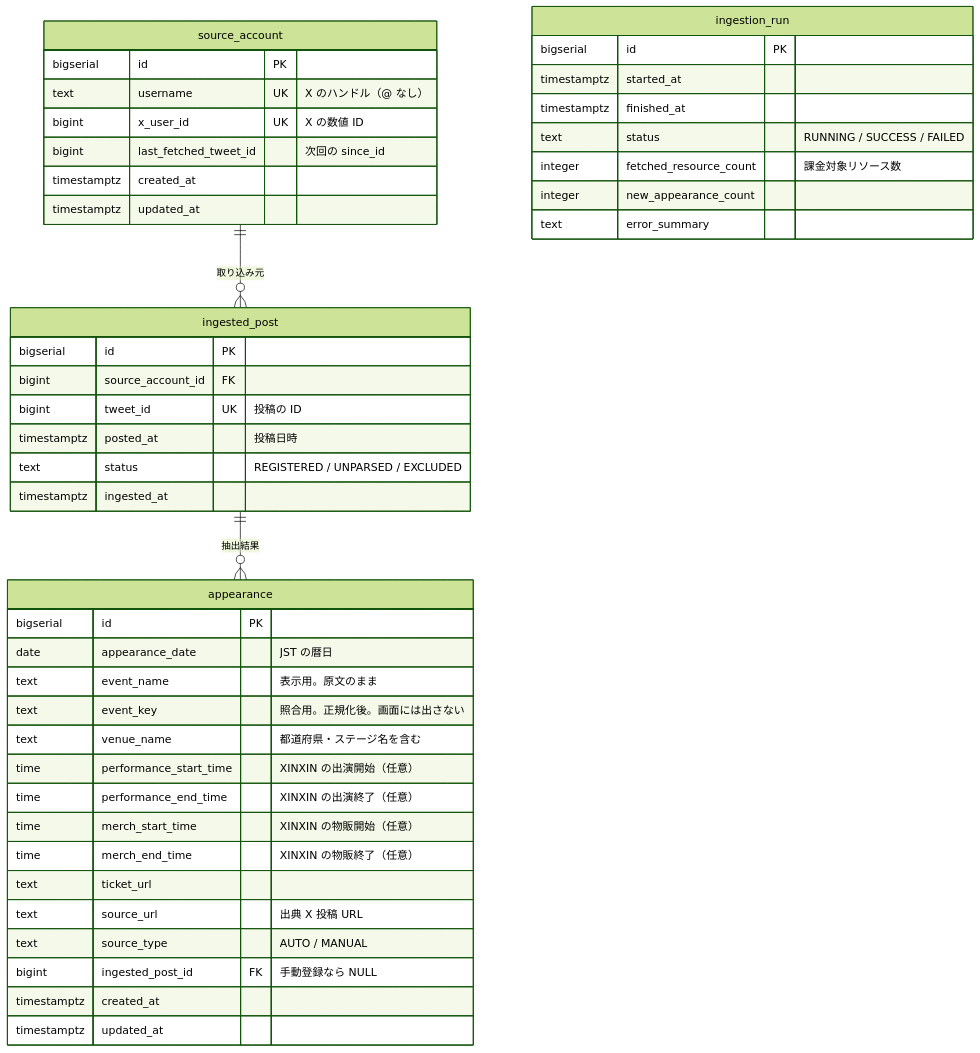
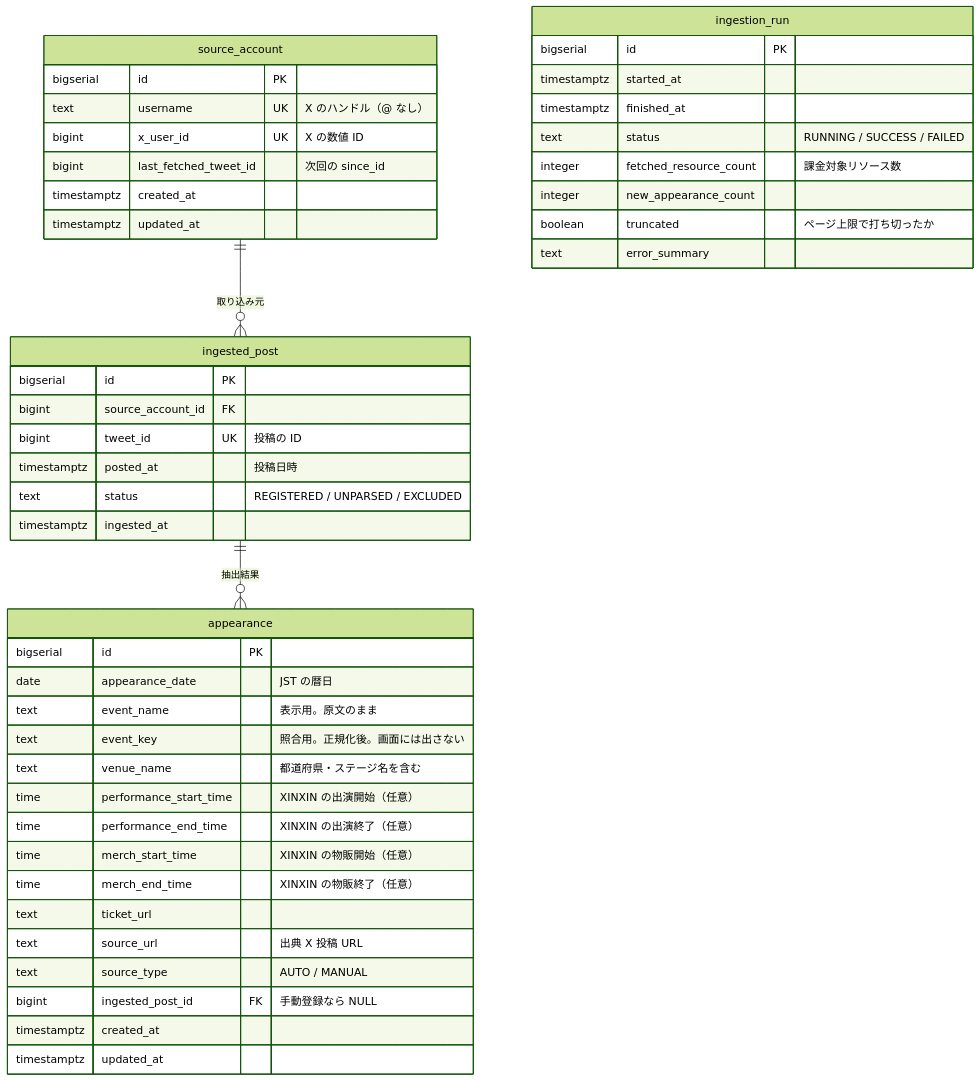
One commit to gitzhich/hatena-calendar changed the diagram in docs/data-model.md. Above: the diagram before and after it, drawn with Mermaid (forest theme). The commit also changed other lines of this file and 14 other files, not shown here.

````diff
--- a/docs/data-model.md
+++ b/docs/data-model.md
@@ -26,51 +26,52 @@
 ```mermaid
 erDiagram
     source_account ||--o{ ingested_post : "取り込み元"
     ingested_post  ||--o{ appearance     : "抽出結果"
 
     source_account {
         bigserial   id PK
         text        username UK "X のハンドル（@ なし）"
         bigint      x_user_id UK "X の数値 ID"
         bigint      last_fetched_tweet_id "次回の since_id"
         timestamptz created_at
         timestamptz updated_at
     }
 
     ingested_post {
         bigserial   id PK
         bigint      source_account_id FK
         bigint      tweet_id UK "投稿の ID"
         timestamptz posted_at "投稿日時"
         text        status "REGISTERED / UNPARSED / EXCLUDED"
         timestamptz ingested_at
     }
 
     appearance {
         bigserial   id PK
         date        appearance_date "JST の暦日"
         text        event_name "表示用。原文のまま"
         text        event_key "照合用。正規化後。画面には出さない"
         text        venue_name "都道府県・ステージ名を含む"
         time        performance_start_time "XINXIN の出演開始（任意）"
         time        performance_end_time "XINXIN の出演終了（任意）"
         time        merch_start_time "XINXIN の物販開始（任意）"
         time        merch_end_time "XINXIN の物販終了（任意）"
         text        ticket_url
         text        source_url "出典 X 投稿 URL"
         text        source_type "AUTO / MANUAL"
         bigint      ingested_post_id FK "手動登録なら NULL"
         timestamptz created_at
         timestamptz updated_at
     }
 
     ingestion_run {
         bigserial   id PK
         timestamptz started_at
         timestamptz finished_at
         text        status "RUNNING / SUCCESS / FAILED"
         integer     fetched_resource_count "課金対象リソース数"
         integer     new_appearance_count
+        boolean     truncated "ページ上限で打ち切ったか"
         text        error_summary
     }
 ```
````
